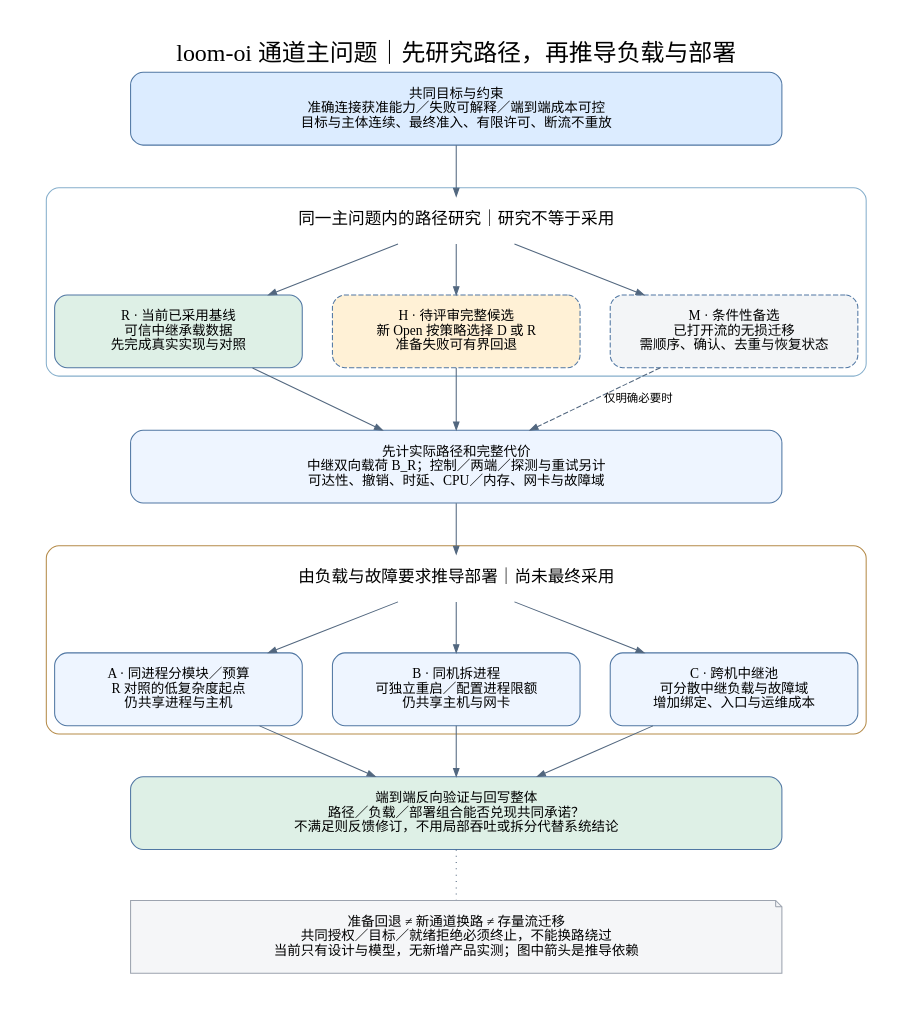
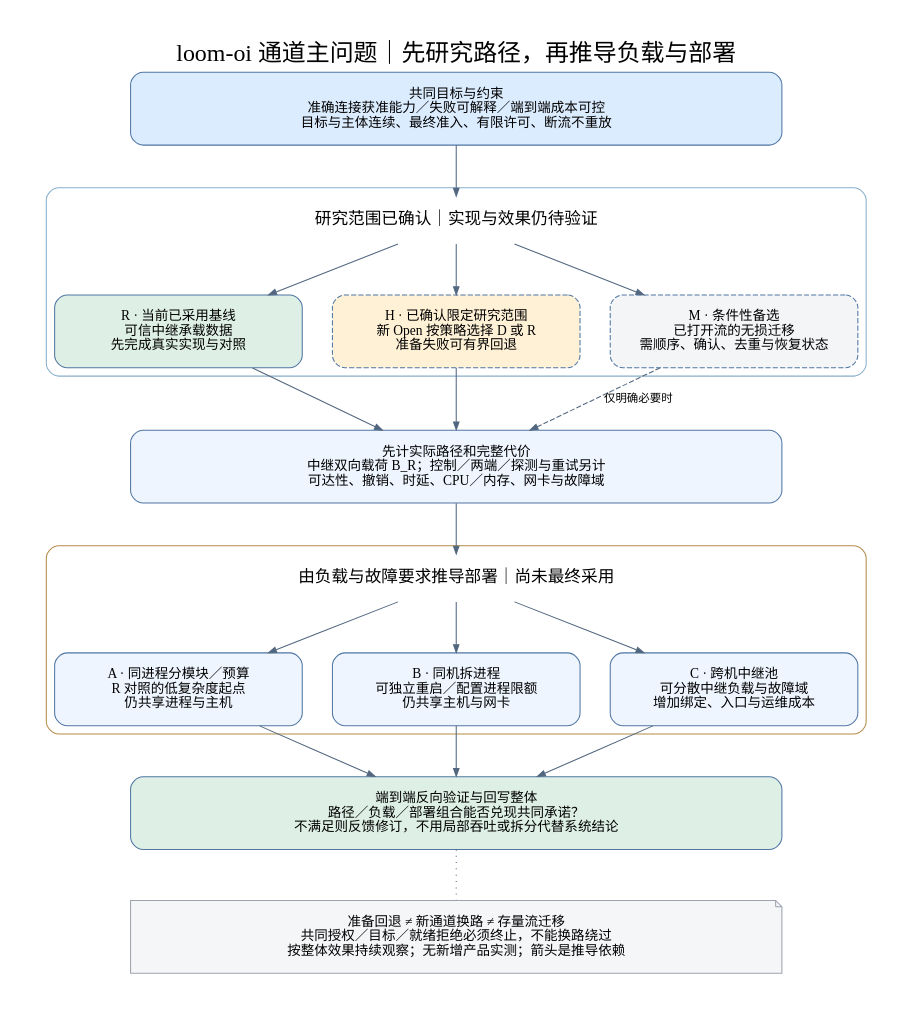
One commit to wyw-ai/loom-oi changed the diagram in docs/architecture/diagrams/v0.7/10-control-relay.dot. Above: the diagram before and after it, drawn with Graphviz. The commit also changed 38 other files, not shown here.

```diff
--- a/docs/architecture/diagrams/v0.7/10-control-relay.dot
+++ b/docs/architecture/diagrams/v0.7/10-control-relay.dot
@@ -1,30 +1,30 @@
 digraph G {
 graph [rankdir=TB,bgcolor="white",pad="0.4",nodesep="0.4",ranksep="0.65",fontname="Noto Sans SC",fontsize=23,labelloc=t,splines=polyline,newrank=true,label="loom-oi 通道主问题｜先研究路径，再推导负载与部署"];
 node [shape=box,style="rounded,filled",fillcolor="#eef5ff",color="#5077a3",fontname="Noto Sans SC",fontsize=13,margin="0.25,0.2",width=3.3];
 edge [fontname="Noto Sans SC",fontsize=11,color="#52677f",arrowsize=0.75];
 goal[label="共同目标与约束\n准确连接获准能力／失败可解释／端到端成本可控\n目标与主体连续、最终准入、有限许可、断流不重放",fillcolor="#dcecff",width=8.7];
 subgraph cluster_paths {
 label="";color="#86afcc";style=rounded;
-paths[label="同一主问题内的路径研究｜研究不等于采用",shape=plaintext,fillcolor="white",fontsize=16,width=9];
+paths[label="研究范围已确认｜实现与效果仍待验证",shape=plaintext,fillcolor="white",fontsize=16,width=9];
 r[label="R · 当前已采用基线\n可信中继承载数据\n先完成真实实现与对照",fillcolor="#def0e6"];
-h[label="H · 待评审完整候选\n新 Open 按策略选择 D 或 R\n准备失败可有界回退",fillcolor="#fff1d6",style="rounded,dashed,filled"];
+h[label="H · 已确认限定研究范围\n新 Open 按策略选择 D 或 R\n准备失败可有界回退",fillcolor="#fff1d6",style="rounded,dashed,filled"];
 m[label="M · 条件性备选\n已打开流的无损迁移\n需顺序、确认、去重与恢复状态",fillcolor="#f3f5f7",style="rounded,dashed,filled"];
 {rank=same;r;h;m;}
 }
 load[label="先计实际路径和完整代价\n中继双向载荷 B_R；控制／两端／探测与重试另计\n可达性、撤销、时延、CPU／内存、网卡与故障域",width=8.7];
 subgraph cluster_deploy {
 label="";color="#b58b49";style=rounded;
 deploy[label="由负载与故障要求推导部署｜尚未最终采用",shape=plaintext,fillcolor="white",fontsize=16,width=9];
 a[label="A · 同进程分模块／预算\nR 对照的低复杂度起点\n仍共享进程与主机"];
 b[label="B · 同机拆进程\n可独立重启／配置进程限额\n仍共享主机与网卡"];
 c[label="C · 跨机中继池\n可分散中继负载与故障域\n增加绑定、入口与运维成本"];
 {rank=same;a;b;c;}
 }
 check[label="端到端反向验证与回写整体\n路径／负载／部署组合能否兑现共同承诺？\n不满足则反馈修订，不用局部吞吐或拆分代替系统结论",fillcolor="#def0e6",width=8.7];
-note[label="准备回退 ≠ 新通道换路 ≠ 存量流迁移\n共同授权／目标／就绪拒绝必须终止，不能换路绕过\n当前只有设计与模型，无新增产品实测；图中箭头是推导依赖",shape=note,fillcolor="#f5f6f8",color="#9ca3af",width=8.7];
+note[label="准备回退 ≠ 新通道换路 ≠ 存量流迁移\n共同授权／目标／就绪拒绝必须终止，不能换路绕过\n按整体效果持续观察；无新增产品实测；箭头是推导依赖",shape=note,fillcolor="#f5f6f8",color="#9ca3af",width=8.7];
 goal->paths;paths->r;paths->h;paths->m;
 r->load;h->load;m->load[style=dashed,label="仅明确必要时"];
 load->deploy;deploy->a;deploy->b;deploy->c;
 a->check;b->check;c->check;
 check->note[style=dotted,arrowhead=none];
 }
```
